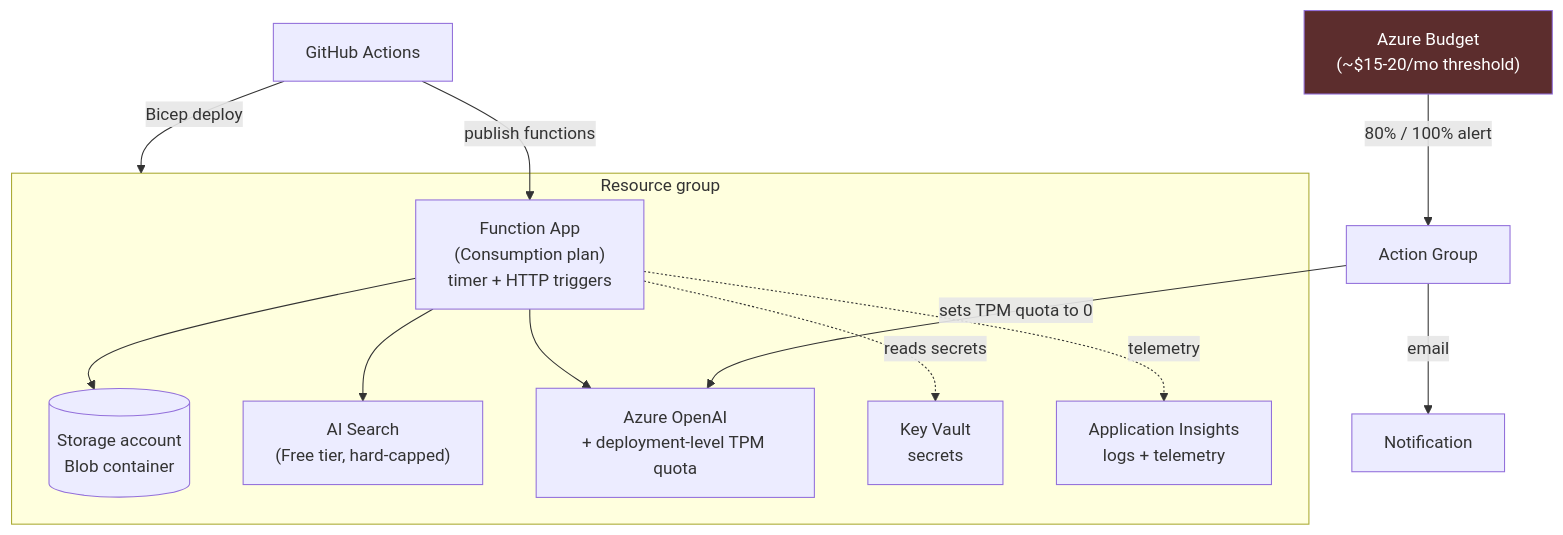
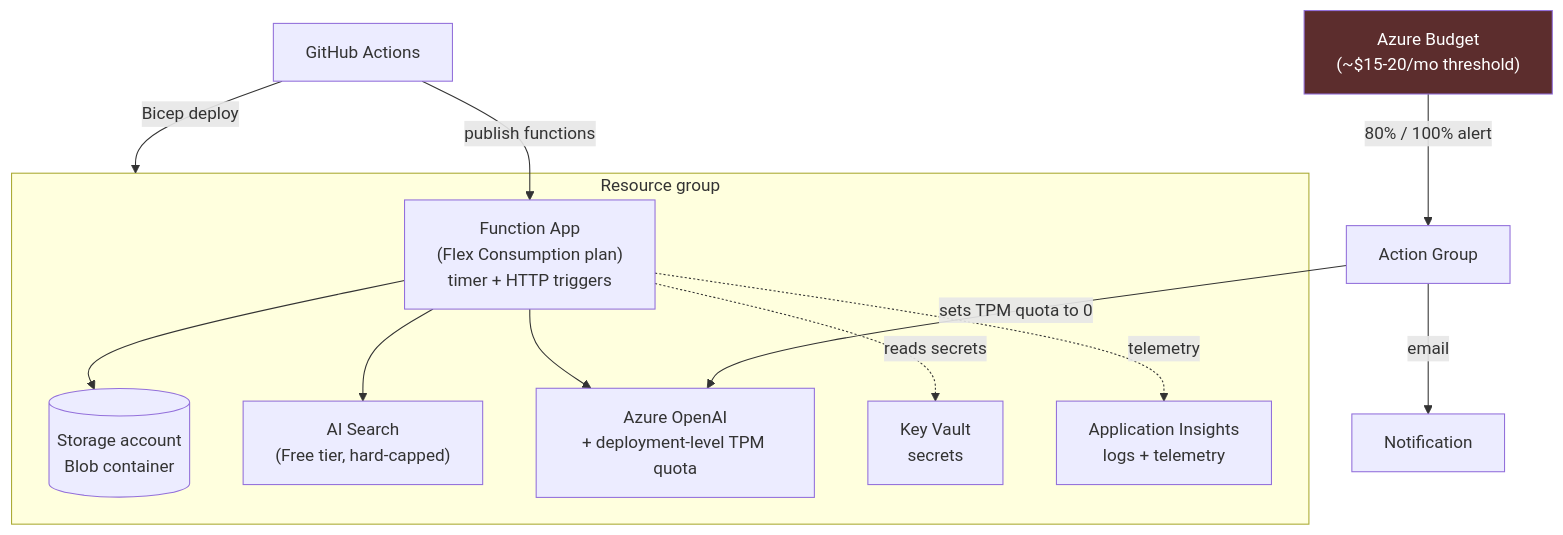
Before and after one commit to bakarih/freshrubric: the third of 5 diagrams in docs/architecture.md, drawn with Mermaid. The commit also changed 3 other files, not shown here.

First line of the commit message:
docs: ADR-0004 Flex Consumption hosting plan

````diff
--- a/docs/architecture.md
+++ b/docs/architecture.md
@@ -69,25 +69,25 @@
 ```mermaid
 graph TB
     subgraph RG["Resource group"]
         ST[("Storage account<br/>Blob container")]
         AIS["AI Search<br/>(Free tier, hard-capped)"]
-        FA["Function App<br/>(Consumption plan)<br/>timer + HTTP triggers"]
+        FA["Function App<br/>(Flex Consumption plan)<br/>timer + HTTP triggers"]
         AOAI["Azure OpenAI<br/>+ deployment-level TPM quota"]
         KV["Key Vault<br/>secrets"]
         AI["Application Insights<br/>logs + telemetry"]
     end
 
     GHA["GitHub Actions"] -->|"Bicep deploy"| RG
     GHA -->|"publish functions"| FA
     FA -.->|reads secrets| KV
     FA --> ST
     FA --> AIS
     FA --> AOAI
     FA -.->|telemetry| AI
 
     BUDGET["Azure Budget<br/>(~$15-20/mo threshold)"] -->|"80% / 100% alert"| AG["Action Group"]
     AG -->|"sets TPM quota to 0"| AOAI
     AG -->|"email"| NOTIFY["Notification"]
 
     style BUDGET fill:#5c2d2d,color:#fff
 ```
````
